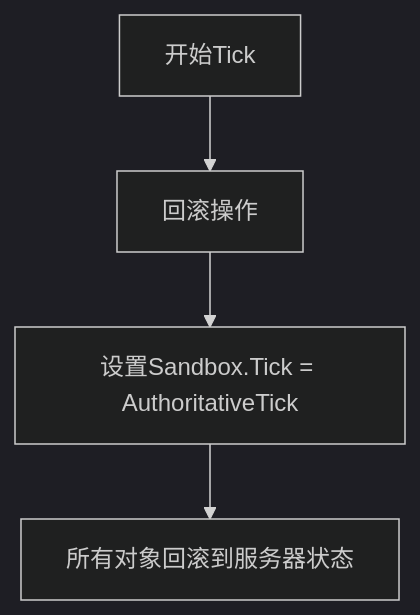
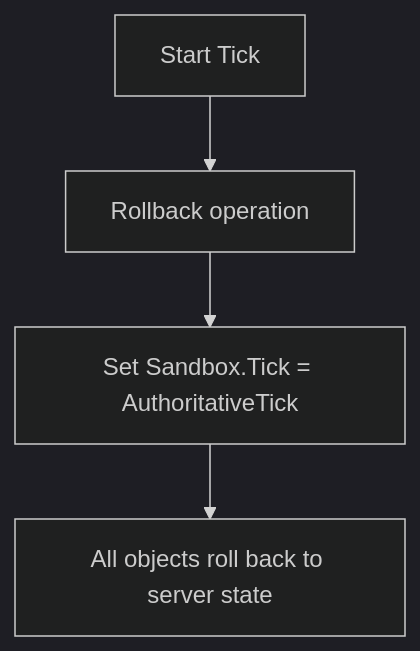
One commit to Canglangzi/NetickDocumentation changed the third of 6 diagrams in NetworkNodes/English/Netick/notion/Prediction.md. Above: the diagram before and after it, drawn with Mermaid (dark theme). The commit also changed other lines of this file, not shown here.

````diff
--- a/NetworkNodes/English/Netick/notion/Prediction.md
+++ b/NetworkNodes/English/Netick/notion/Prediction.md
@@ -20,6 +17,6 @@
-```mermaid 
+```mermaid
 graph TB
-    A[开始Tick] --> B[回滚操作]
-    B --> C[设置Sandbox.Tick = AuthoritativeTick]
-    C --> D[所有对象回滚到服务器状态]
+A[Start Tick] --> B[Rollback operation]
+B --> C[Set Sandbox.Tick = AuthoritativeTick]
+C --> D[All objects roll back to server state]
 ```
````
